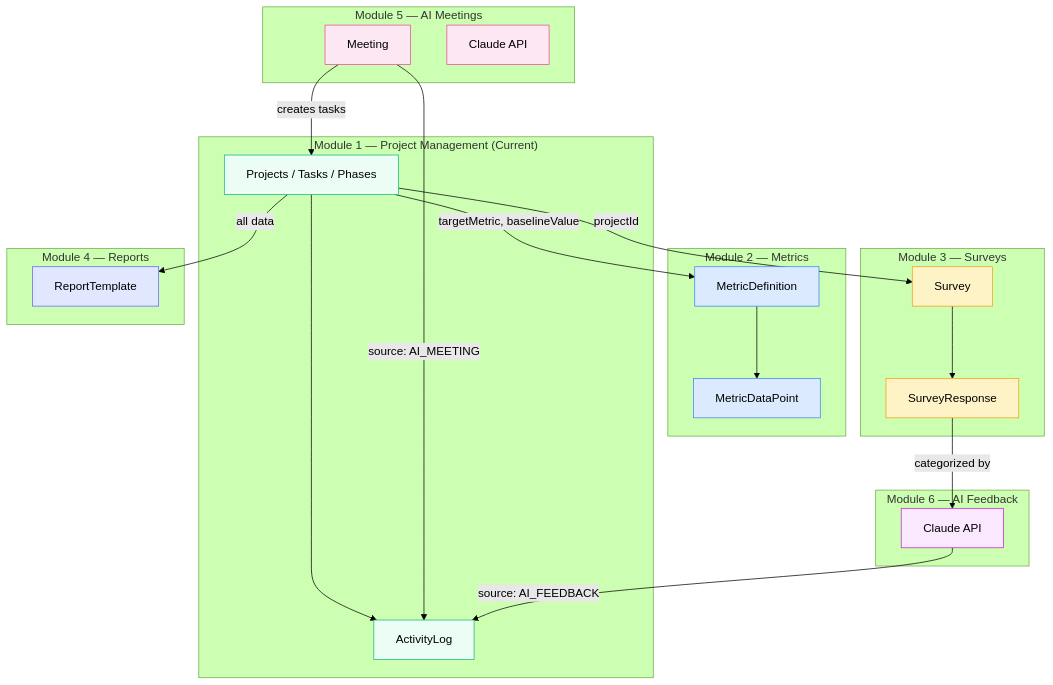
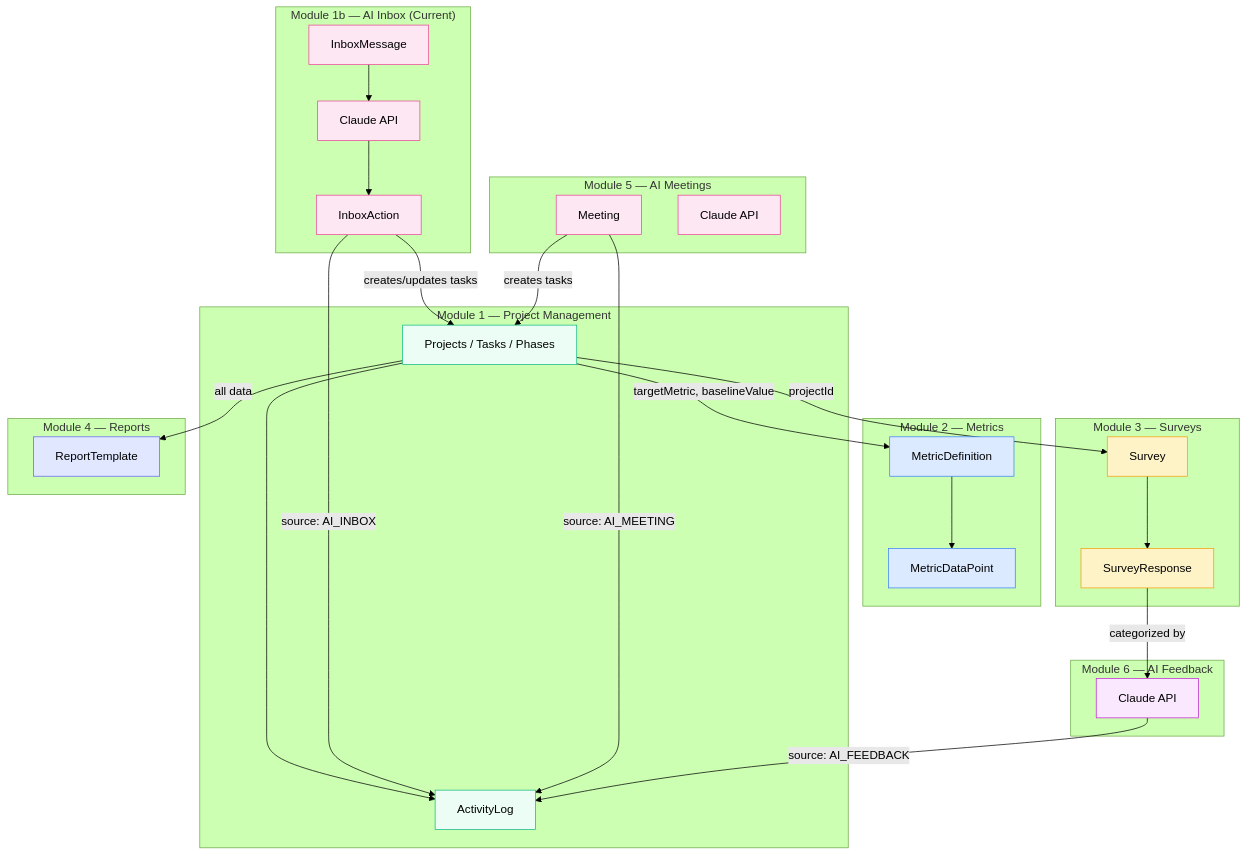
The tenth of 10 diagrams in docs/diagrams.md (akbarherekar/QIapp), drawn with Mermaid (forest theme) before and after one commit. The commit also changed other lines of this file and 27 other files, not shown here.

First line of the commit message:
Add AI-powered project inbox with Claude integration

````diff
--- a/docs/diagrams.md
+++ b/docs/diagrams.md
@@ -415,52 +466,65 @@
 ```mermaid
 graph TD
-    subgraph "Module 1 — Project Management (Current)"
+    subgraph "Module 1 — Project Management"
         PM[Projects / Tasks / Phases]
         AL[ActivityLog]
         PM --> AL
+    end
+
+    subgraph "Module 1b — AI Inbox (Current)"
+        IM[InboxMessage]
+        IA[InboxAction]
+        AI0["Claude API"]
+        IM --> AI0
+        AI0 --> IA
     end
 
     subgraph "Module 2 — Metrics"
         MD[MetricDefinition]
         DP[MetricDataPoint]
         MD --> DP
     end
 
     subgraph "Module 3 — Surveys"
         SV[Survey]
         SR[SurveyResponse]
         SV --> SR
     end
 
     subgraph "Module 4 — Reports"
         RP[ReportTemplate]
     end
 
     subgraph "Module 5 — AI Meetings"
         MT[Meeting]
         AI1["Claude API"]
     end
 
     subgraph "Module 6 — AI Feedback"
         AI2["Claude API"]
     end
 
     PM -->|targetMetric, baselineValue| MD
     PM -->|projectId| SV
     PM -->|all data| RP
+    IA -->|creates/updates tasks| PM
+    IA -->|source: AI_INBOX| AL
     MT -->|creates tasks| PM
     MT -->|source: AI_MEETING| AL
     SR -->|categorized by| AI2
     AI2 -->|source: AI_FEEDBACK| AL
 
     style PM fill:#ecfdf5,stroke:#10b981
     style AL fill:#ecfdf5,stroke:#10b981
+    style IM fill:#fce7f3,stroke:#ec4899
+    style IA fill:#fce7f3,stroke:#ec4899
+    style AI0 fill:#fce7f3,stroke:#ec4899
     style MD fill:#dbeafe,stroke:#3b82f6
     style DP fill:#dbeafe,stroke:#3b82f6
     style SV fill:#fef3c7,stroke:#f59e0b
     style SR fill:#fef3c7,stroke:#f59e0b
     style RP fill:#e0e7ff,stroke:#6366f1
     style MT fill:#fce7f3,stroke:#ec4899
     style AI1 fill:#fce7f3,stroke:#ec4899
     style AI2 fill:#fae8ff,stroke:#c026d3
 ```
````
